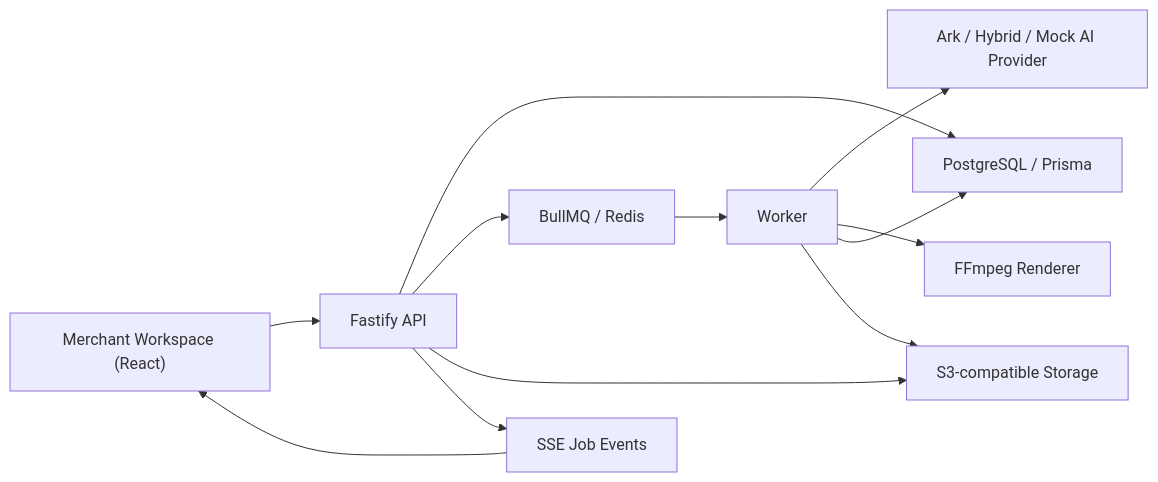
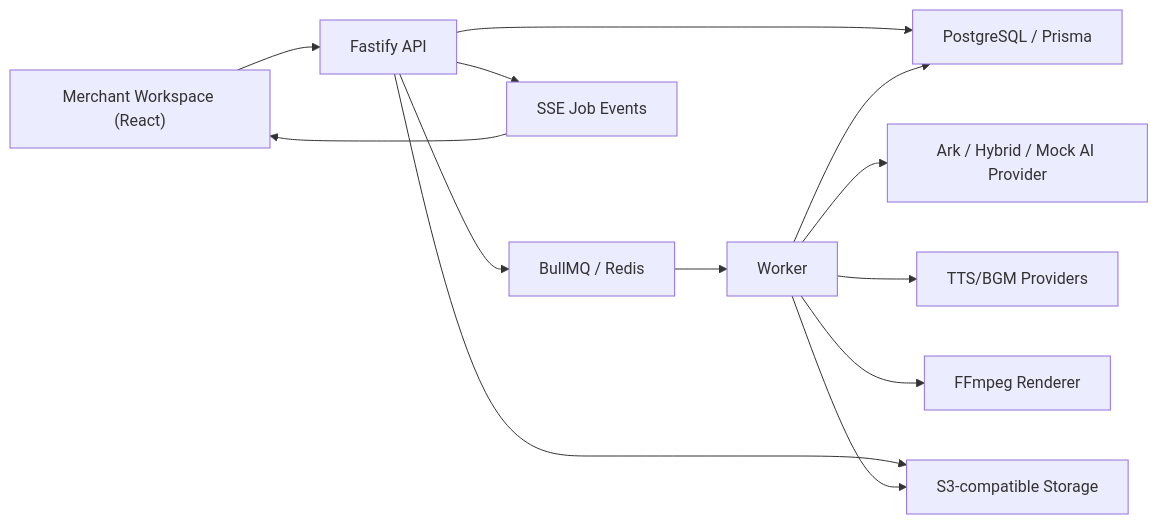
One commit to w-Jessamine/tiktok changed the diagram in docs/architecture.md. Above: the diagram before and after it, drawn with Mermaid. The commit also changed other lines of this file and 30 other files, not shown here.

````diff
--- a/docs/architecture.md
+++ b/docs/architecture.md
@@ -3,14 +3,15 @@
 ```mermaid
 flowchart LR
   Merchant["Merchant Workspace (React)"] --> API["Fastify API"]
   API --> DB["PostgreSQL / Prisma"]
   API --> Queue["BullMQ / Redis"]
   API --> ObjectStore["S3-compatible Storage"]
   Queue --> Worker["Worker"]
   Worker --> AI["Ark / Hybrid / Mock AI Provider"]
+  Worker --> Audio["TTS/BGM Providers"]
   Worker --> FFmpeg["FFmpeg Renderer"]
   Worker --> DB
   Worker --> ObjectStore
   API --> Events["SSE Job Events"]
   Events --> Merchant
 ```
````
